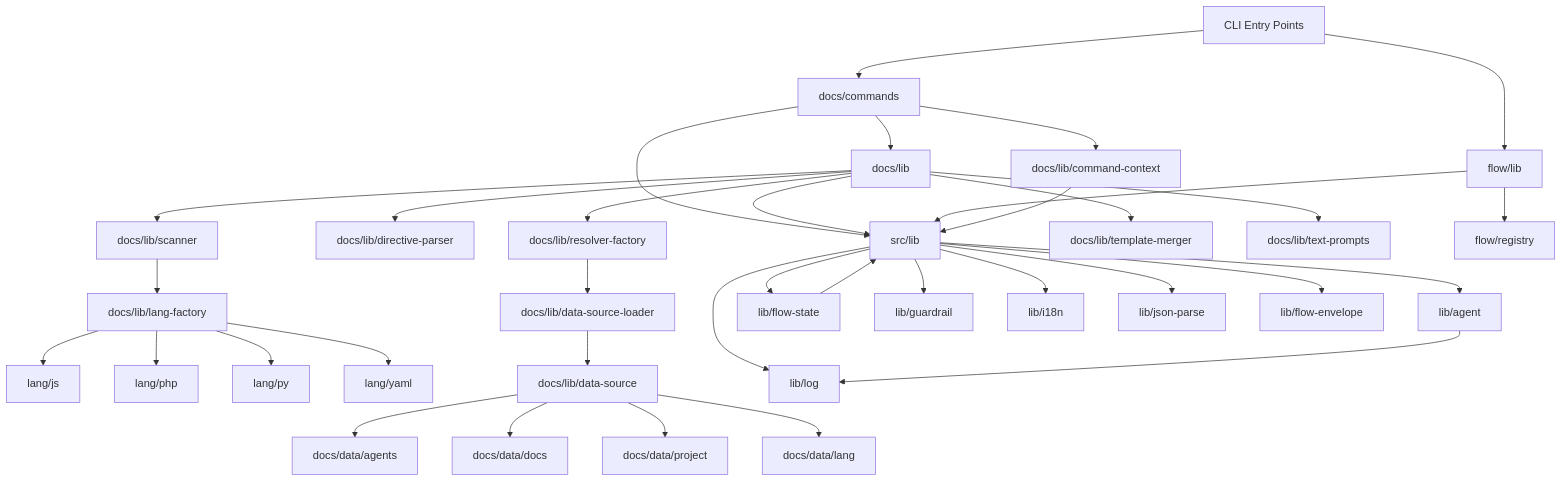
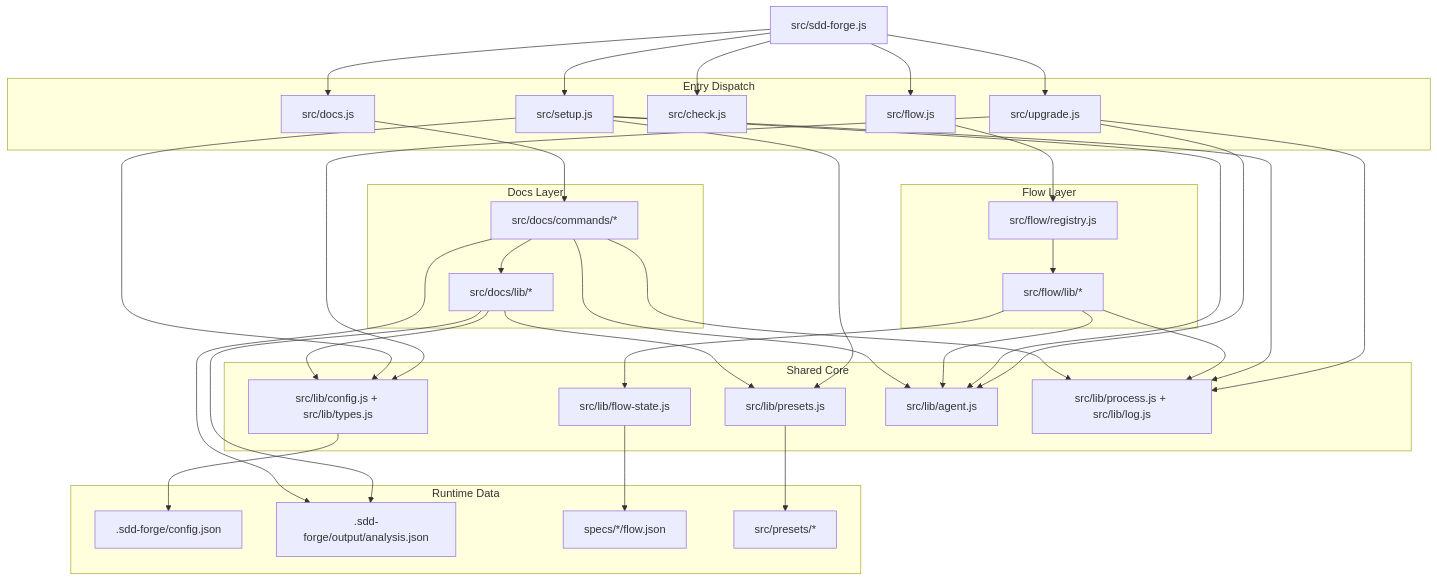
One commit to SpreadWorks/sdd-forge changed the diagram in docs/internal_design.md. Above: the diagram before and after it, drawn with Mermaid. The commit also changed other lines of this file and 5 other files, not shown here.

````diff
--- a/docs/internal_design.md
+++ b/docs/internal_design.md
@@ -103,44 +63,71 @@
 ```mermaid
 graph TD
-    CLI[CLI Entry Points] --> docs_cmds[docs/commands]
-    CLI --> flow_lib[flow/lib]
+  A[src/sdd-forge.js]
 
-    docs_cmds --> cmd_ctx[docs/lib/command-context]
-    docs_cmds --> docs_lib[docs/lib]
-    docs_cmds --> lib[src/lib]
+  subgraph Entry Dispatch
+    B[src/docs.js]
+    C[src/flow.js]
+    D[src/check.js]
+    E[src/setup.js]
+    F[src/upgrade.js]
+  end
 
-    docs_lib --> directive_parser[docs/lib/directive-parser]
-    docs_lib --> resolver_factory[docs/lib/resolver-factory]
-    docs_lib --> scanner[docs/lib/scanner]
-    docs_lib --> template_merger[docs/lib/template-merger]
-    docs_lib --> text_prompts[docs/lib/text-prompts]
-    docs_lib --> lib
+  subgraph Docs Layer
+    G[src/docs/commands/*]
+    H[src/docs/lib/*]
+  end
 
-    scanner --> lang_factory[docs/lib/lang-factory]
-    lang_factory --> lang_js[lang/js]
-    lang_factory --> lang_php[lang/php]
-    lang_factory --> lang_py[lang/py]
-    lang_factory --> lang_yaml[lang/yaml]
+  subgraph Flow Layer
+    I[src/flow/registry.js]
+    J[src/flow/lib/*]
+  end
 
-    resolver_factory --> ds_loader[docs/lib/data-source-loader]
-    ds_loader --> ds_base[docs/lib/data-source]
-    ds_base --> ds_agents[docs/data/agents]
-    ds_base --> ds_docs[docs/data/docs]
-    ds_base --> ds_project[docs/data/project]
-    ds_base --> ds_lang[docs/data/lang]
+  subgraph Shared Core
+    K[src/lib/config.js + src/lib/types.js]
+    L[src/lib/presets.js]
+    M[src/lib/flow-state.js]
+    N[src/lib/agent.js]
+    O[src/lib/process.js + src/lib/log.js]
+  end
 
-    flow_lib --> registry[flow/registry]
-    flow_lib --> lib
+  subgraph Runtime Data
+    P[.sdd-forge/config.json]
+    Q[.sdd-forge/output/analysis.json]
+    R[specs/*/flow.json]
+    S[src/presets/*]
+  end
 
-    lib --> agent[lib/agent]
-    lib --> flow_state[lib/flow-state]
-    lib --> guardrail[lib/guardrail]
-    lib --> i18n[lib/i18n]
-    lib --> log[lib/log]
-    lib --> json_parse[lib/json-parse]
-    lib --> flow_envelope[lib/flow-envelope]
+  A --> B
+  A --> C
+  A --> D
+  A --> E
+  A --> F
 
-    agent --> log
-    flow_state --> lib
-    cmd_ctx --> lib
+  B --> G
+  G --> H
+  H --> K
+  H --> L
+  G --> N
+  G --> O
+
+  C --> I
+  I --> J
+  J --> M
+  J --> N
+  J --> O
+
+  E --> K
+  E --> L
+  E --> N
+  E --> O
+
+  F --> K
+  F --> N
+  F --> O
+
+  K --> P
+  G --> Q
+  H --> Q
+  M --> R
+  L --> S
 ```
````
